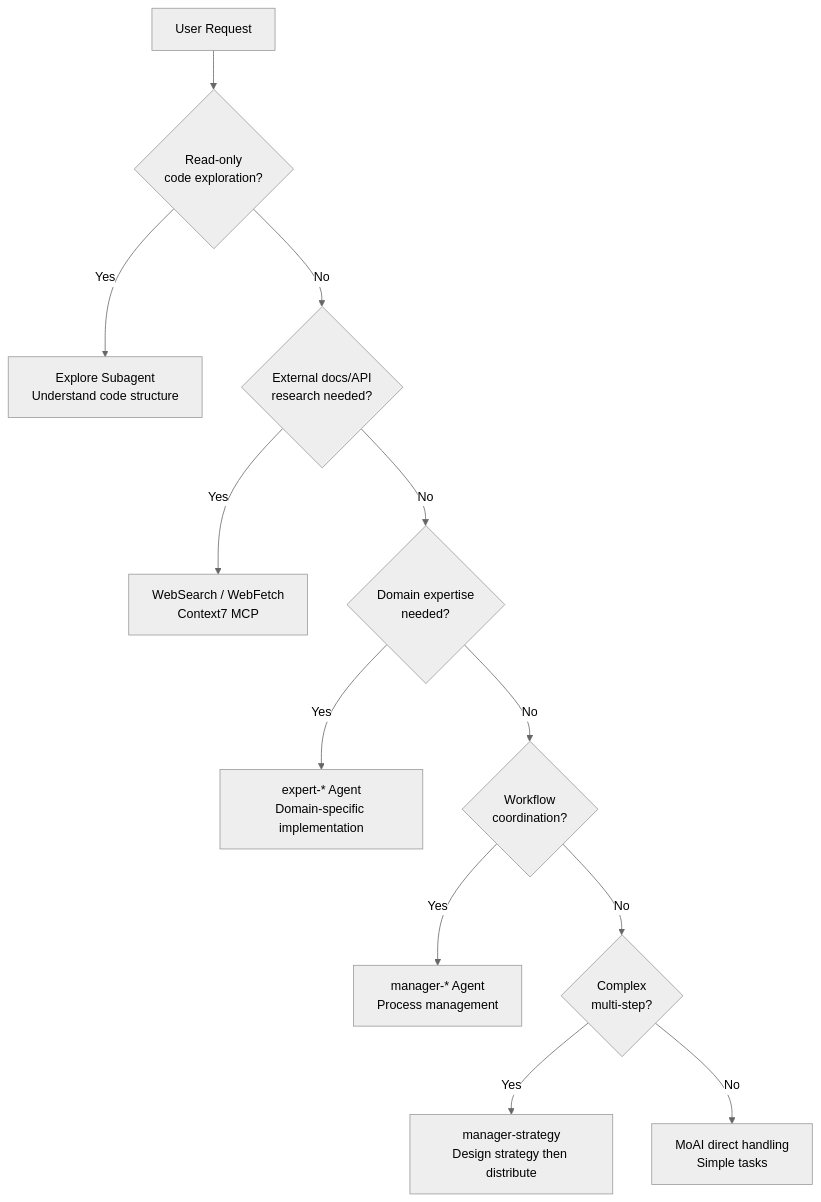
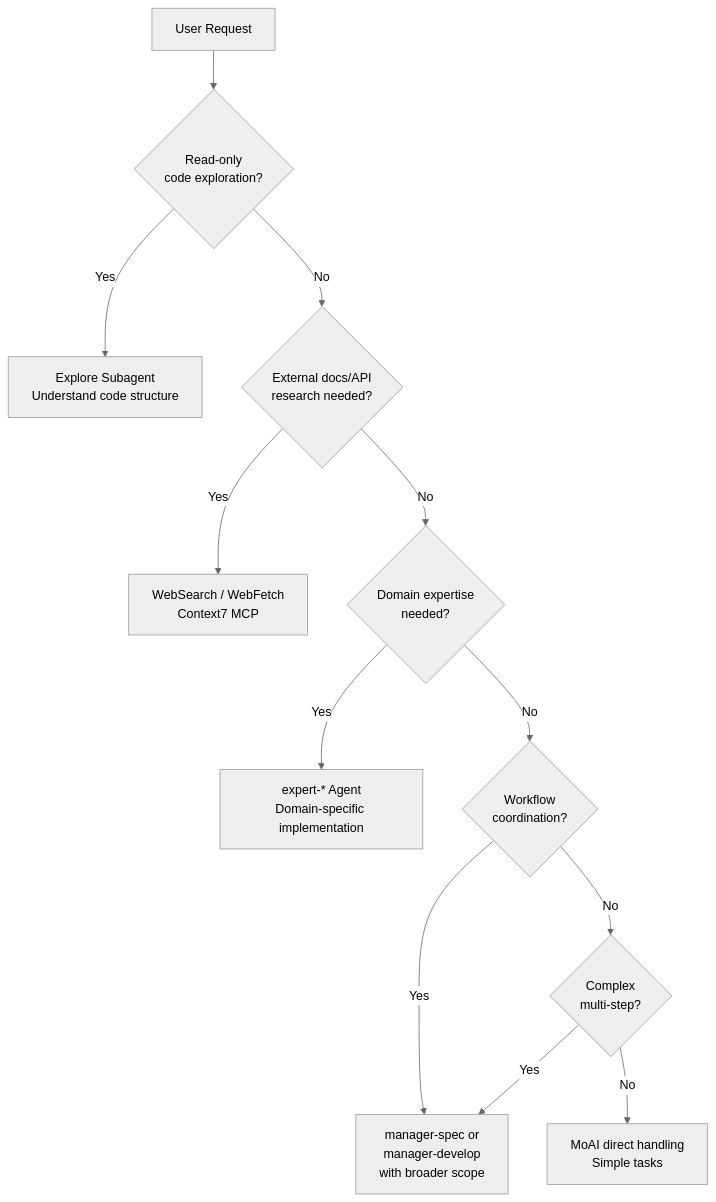
One commit to modu-ai/moai-adk changed the third of 4 diagrams in docs-site/content/en/advanced/agent-guide.md. Above: the diagram before and after it, drawn with Mermaid (neutral theme). The commit also changed other lines of this file and 153 other files, not shown here.

````diff
--- a/docs-site/content/en/advanced/agent-guide.md
+++ b/docs-site/content/en/advanced/agent-guide.md
@@ -177,19 +158,19 @@
 ```mermaid
 flowchart TD
     START[User Request] --> Q1{Read-only<br/>code exploration?}
 
     Q1 -->|Yes| EXPLORE["Explore Subagent<br/>Understand code structure"]
     Q1 -->|No| Q2{External docs/API<br/>research needed?}
 
     Q2 -->|Yes| WEB["WebSearch / WebFetch<br/>Context7 MCP"]
     Q2 -->|No| Q3{Domain expertise<br/>needed?}
 
     Q3 -->|Yes| EXPERT["expert-* Agent<br/>Domain-specific implementation"]
     Q3 -->|No| Q4{Workflow<br/>coordination?}
 
     Q4 -->|Yes| MANAGER["manager-* Agent<br/>Process management"]
     Q4 -->|No| Q5{Complex<br/>multi-step?}
 
-    Q5 -->|Yes| STRATEGY["manager-strategy<br/>Design strategy then distribute"]
+    Q5 -->|Yes| MANAGER["manager-spec or<br/>manager-develop<br/>with broader scope"]
     Q5 -->|No| DIRECT["MoAI direct handling<br/>Simple tasks"]
 ```
````
